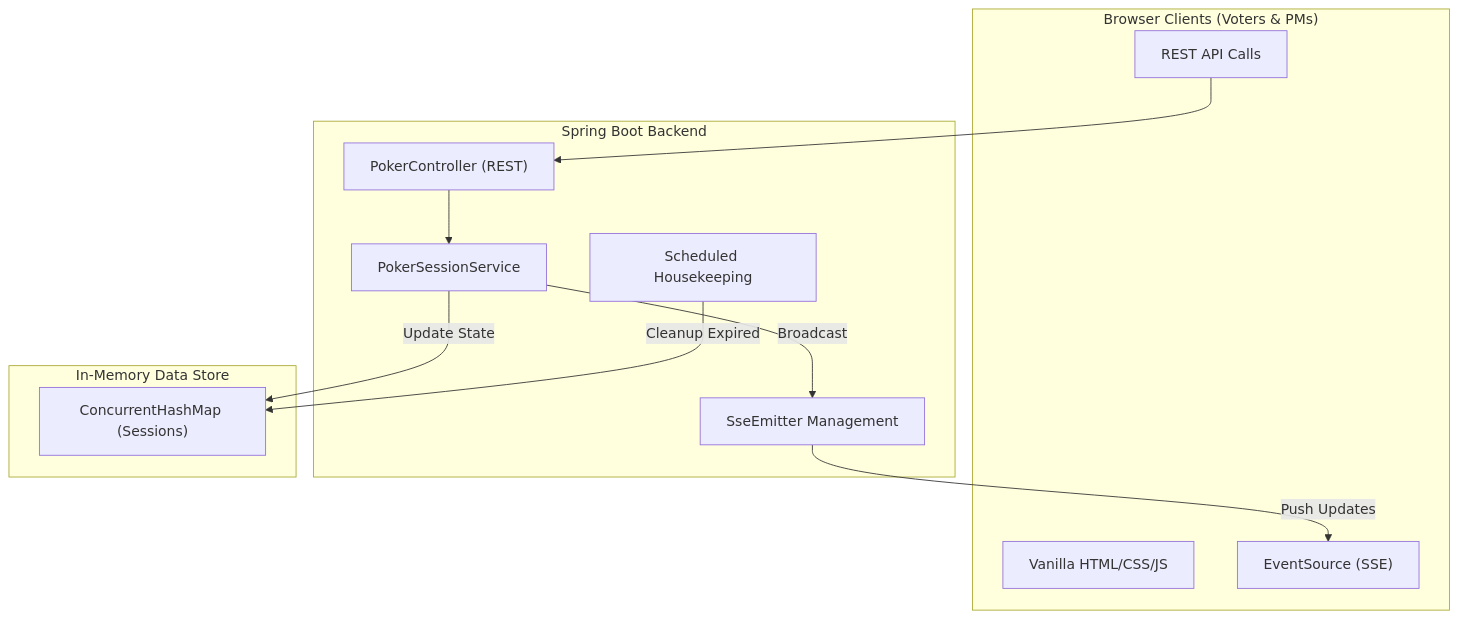
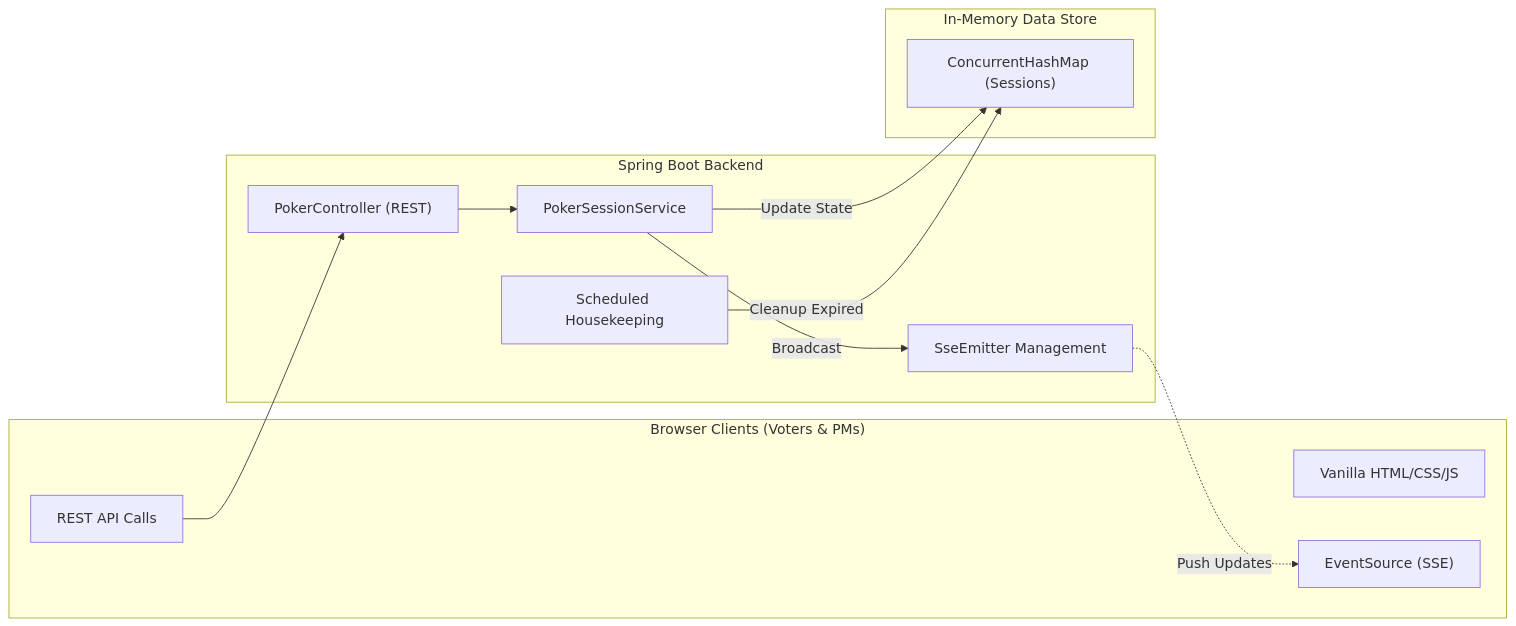
One commit to ibrezm1/Agile-poker-estimation-springboot changed the diagram in README.md. Above: the diagram before and after it, drawn with Mermaid.

````diff
--- a/README.md
+++ b/README.md
@@ -9,26 +9,26 @@
 ```mermaid
-graph TD
+graph LR
     subgraph Client ["Browser Clients (Voters & PMs)"]
         UI["Vanilla HTML/CSS/JS"]
         ES["EventSource (SSE)"]
         RT["REST API Calls"]
     end
 
     subgraph Server ["Spring Boot Backend"]
         PC["PokerController (REST)"]
         PSS["PokerSessionService"]
         EM["SseEmitter Management"]
         SH["Scheduled Housekeeping"]
     end
 
     subgraph State ["In-Memory Data Store"]
         SM["ConcurrentHashMap (Sessions)"]
     end
 
     RT --> PC
     PC --> PSS
     PSS -- "Update State" --> SM
     PSS -- "Broadcast" --> EM
-    EM -- "Push Updates" --> ES
+    EM -. "Push Updates" .-> ES
     SH -- "Cleanup Expired" --> SM
 ```
````
